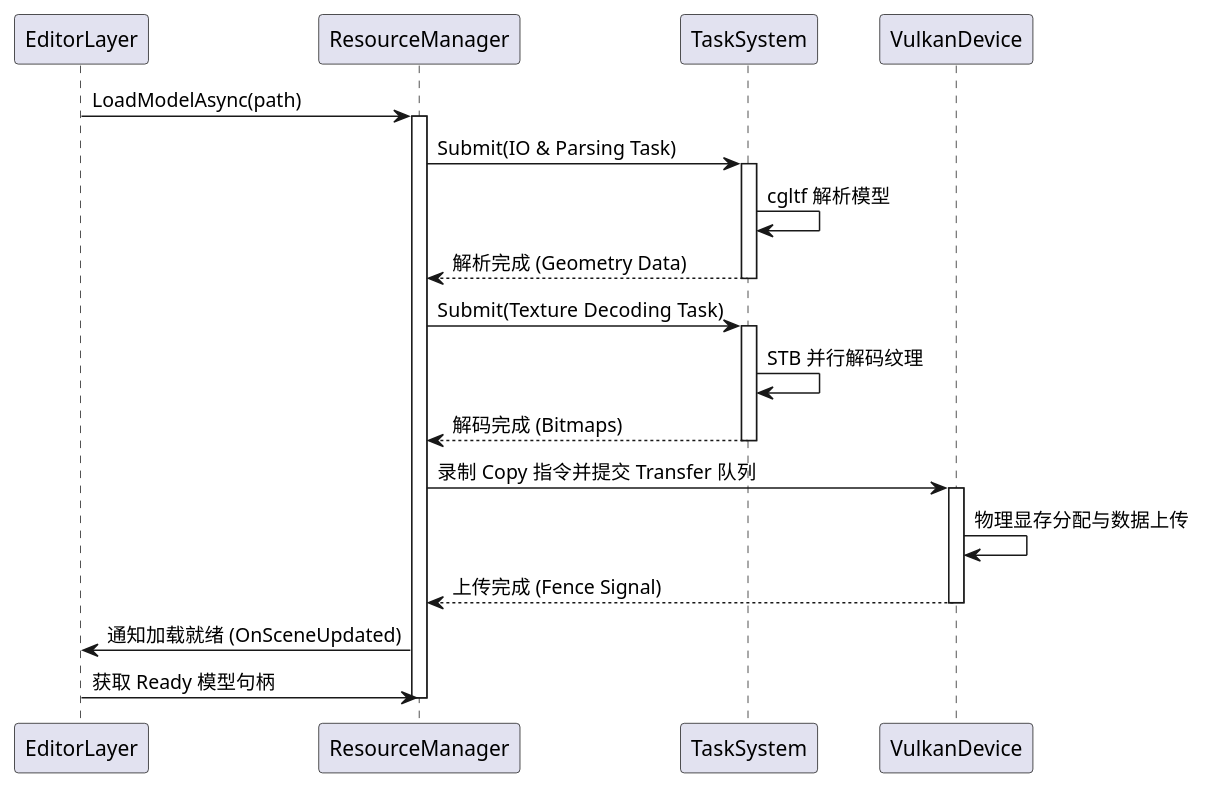
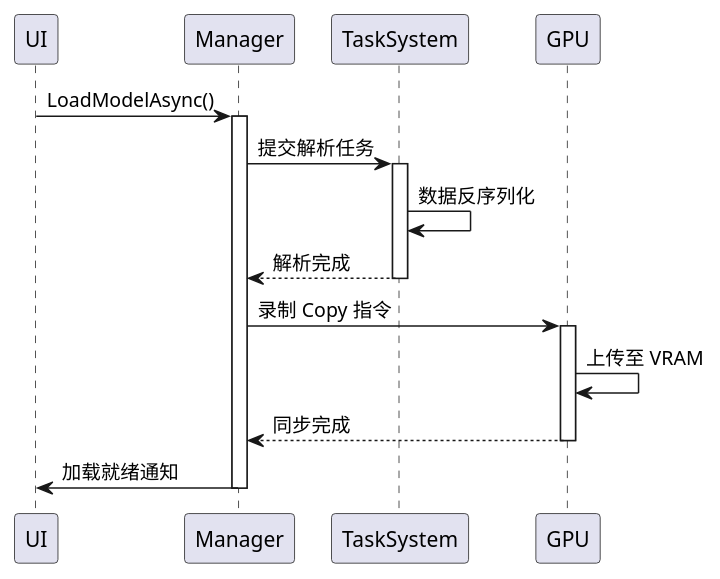
Before and after one commit to CadenXc/HybridRenderer: diagram 13 of 17 in RenderGraph_Architecture_Diagrams.md, drawn with PlantUML. The commit also changed other lines of this file and 3 other files, not shown here.

````diff
--- a/RenderGraph_Architecture_Diagrams.md
+++ b/RenderGraph_Architecture_Diagrams.md
@@ -612,33 +529,26 @@
 ```plantuml
 @startuml
 skinparam backgroundColor white
-participant "EditorLayer" as UI
-participant "ResourceManager" as RM
+participant "UI" as UI
+participant "Manager" as RM
 participant "TaskSystem" as TS
-participant "VulkanDevice" as GPU
+participant "GPU" as GPU
 
-UI -> RM : LoadModelAsync(path)
+UI -> RM : LoadModelAsync()
 activate RM
-RM -> TS : Submit(IO & Parsing Task)
+RM -> TS : 提交解析任务
 activate TS
-TS -> TS : cgltf 解析模型
-TS --> RM : 解析完成 (Geometry Data)
+TS -> TS : 数据反序列化
+TS --> RM : 解析完成
 deactivate TS
 
-RM -> TS : Submit(Texture Decoding Task)
-activate TS
-TS -> TS : STB 并行解码纹理
-TS --> RM : 解码完成 (Bitmaps)
-deactivate TS
-
-RM -> GPU : 录制 Copy 指令并提交 Transfer 队列
+RM -> GPU : 录制 Copy 指令
 activate GPU
-GPU -> GPU : 物理显存分配与数据上传
-GPU --> RM : 上传完成 (Fence Signal)
+GPU -> GPU : 上传至 VRAM
+GPU --> RM : 同步完成
 deactivate GPU
 
-RM -> UI : 通知加载就绪 (OnSceneUpdated)
-UI -> RM : 获取 Ready 模型句柄
+RM -> UI : 加载就绪通知
 deactivate RM
 @enduml
 ```
````
